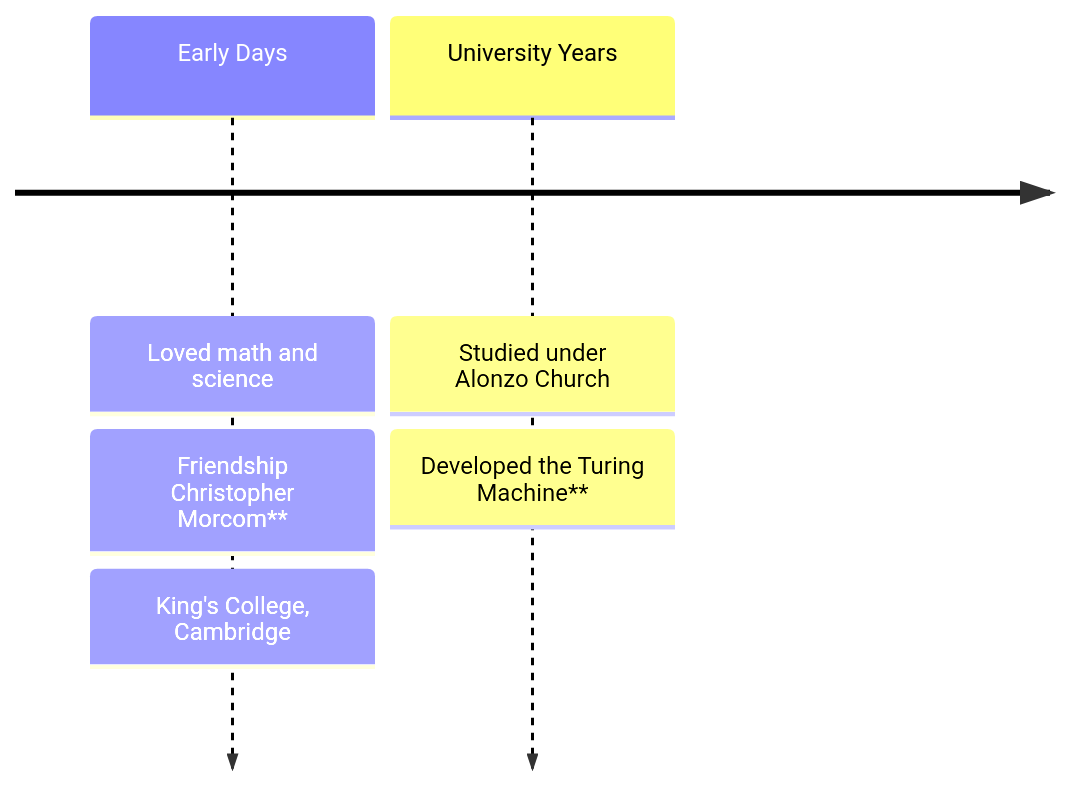
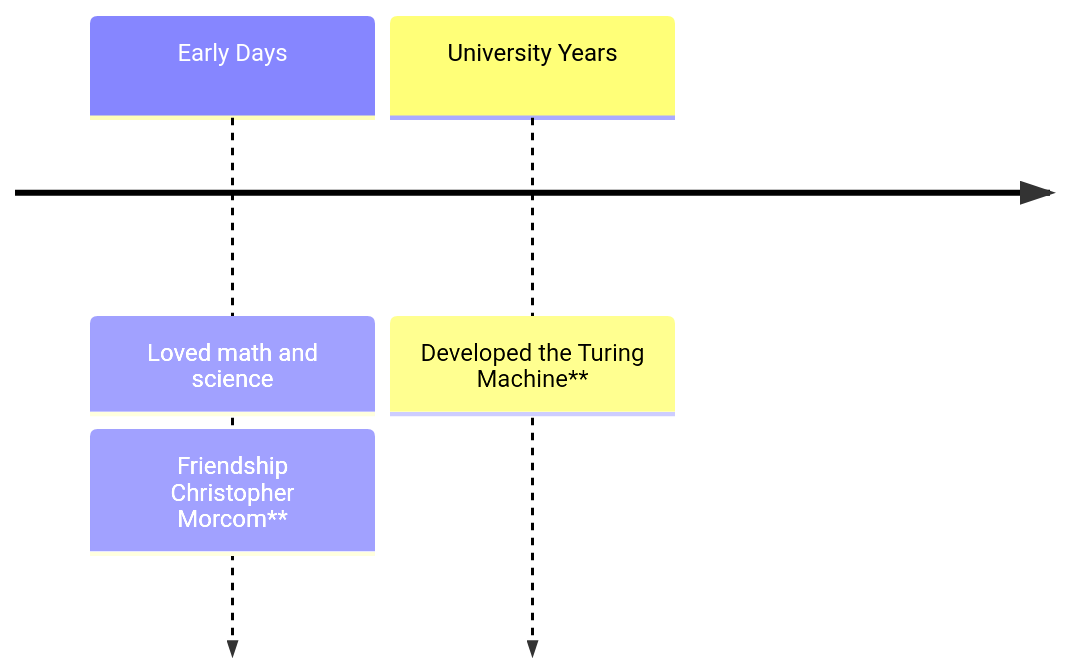
One commit to Furkanzmc/cppnorth-2024-shoulders-we-stand-on changed the sixth of 13 diagrams in pages/act-1.md. Above: the diagram before and after it, drawn with Mermaid. The commit also changed other lines of this file and 1 other file, not shown here.

````diff
--- a/pages/act-1.md
+++ b/pages/act-1.md
@@ -351,8 +383,6 @@
 ```mermaid
 timeline
     Early Days : Loved math and science
                : Friendship Christopher Morcom**
-               : King's College, Cambridge
-    University Years : Studied under Alonzo Church
-                     : Developed the Turing Machine**
+    University Years : Developed the Turing Machine**
 ```
````
